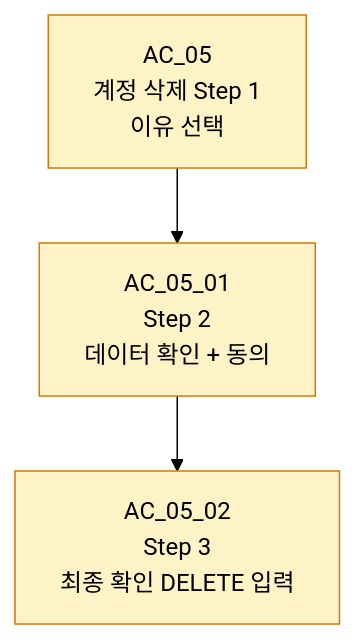
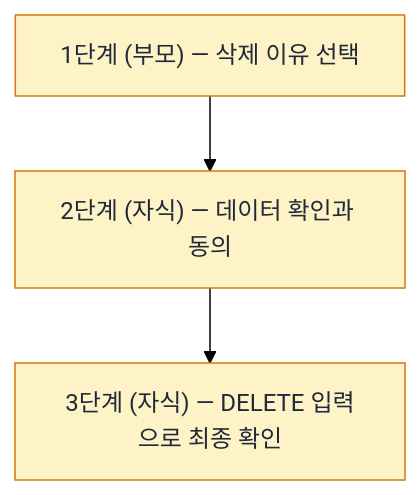
One commit to linisia/eric-company changed the third of 7 diagrams in content/diary/c/1.md. Above: the diagram before and after it, drawn with Mermaid (forest theme). The commit also changed other lines of this file and 1 other file, not shown here.

````diff
--- a/content/diary/c/1.md
+++ b/content/diary/c/1.md
@@ -74,8 +78,8 @@
 ```mermaid
 flowchart TD
-    A[AC_05<br/>계정 삭제 Step 1<br/>이유 선택] --> B[AC_05_01<br/>Step 2<br/>데이터 확인 + 동의]
-    B --> C[AC_05_02<br/>Step 3<br/>최종 확인 DELETE 입력]
-    style A fill:#fef3c7,stroke:#d97706
-    style B fill:#fef3c7,stroke:#d97706
-    style C fill:#fef3c7,stroke:#d97706
+    A["1단계 (부모) — 삭제 이유 선택"] --> B["2단계 (자식) — 데이터 확인과 동의"]
+    B --> C["3단계 (자식) — DELETE 입력으로 최종 확인"]
+    style A fill:#fef3c7,stroke:#d97706,color:#1f2937
+    style B fill:#fef3c7,stroke:#d97706,color:#1f2937
+    style C fill:#fef3c7,stroke:#d97706,color:#1f2937
 ```
````
